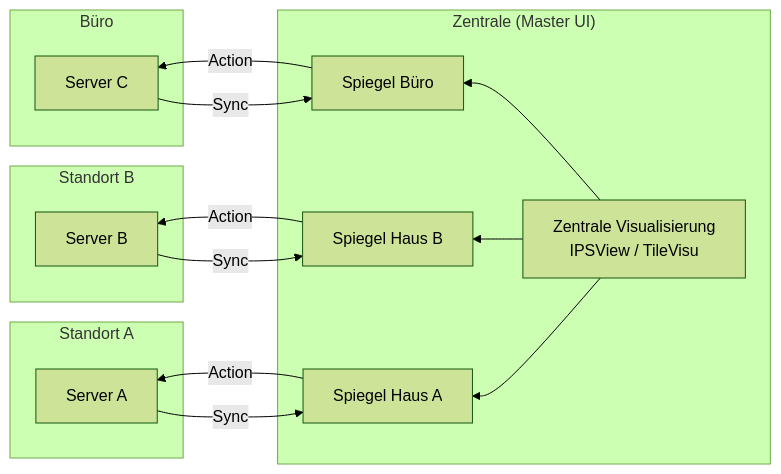
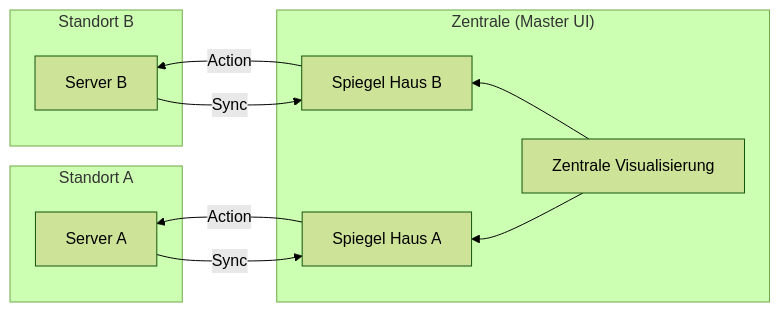
Before and after one commit to fisart/Symcon-RemoteMirror: the third of 3 diagrams in README.md, drawn with Mermaid (forest theme). The commit also changed other lines of this file, not shown here.

````diff
--- a/README.md
+++ b/README.md
@@ -67,27 +61,18 @@
 ```mermaid
 graph RL
     subgraph "Zentrale (Master UI)"
-        MainUI[Zentrale Visualisierung<br/>IPSView / TileVisu]
+        MainUI[Zentrale Visualisierung]
         Var1[Spiegel Haus A]
         Var2[Spiegel Haus B]
-        Var3[Spiegel Büro]
         MainUI --> Var1
         MainUI --> Var2
-        MainUI --> Var3
     end
-
     subgraph "Standort A"
         S1[Server A] -->|Sync| Var1
         Var1 -->|Action| S1
     end
-
     subgraph "Standort B"
         S2[Server B] -->|Sync| Var2
         Var2 -->|Action| S2
     end
-
-    subgraph "Büro"
-        S3[Server C] -->|Sync| Var3
-        Var3 -->|Action| S3
-    end
 ```
````
